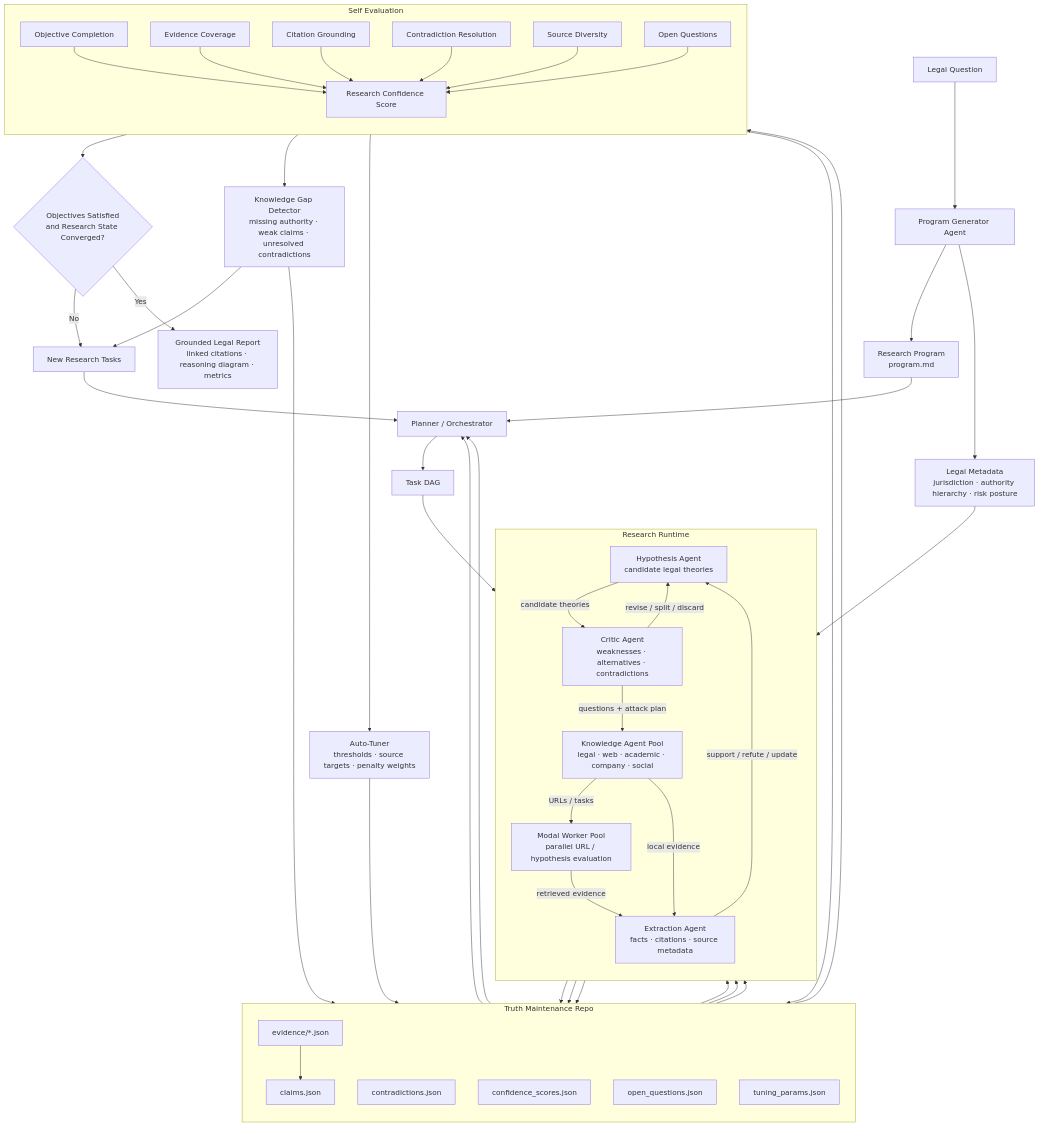
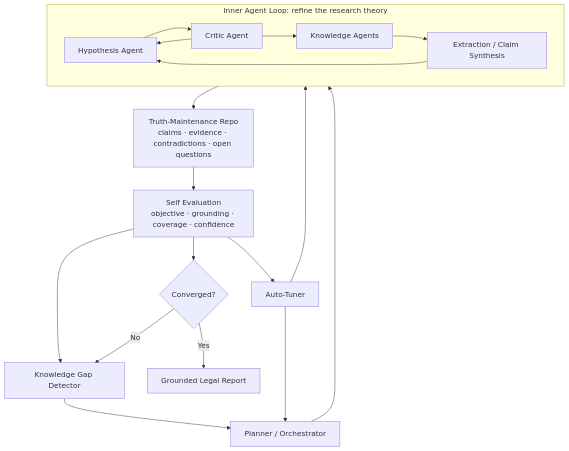
One commit to karthikeyaparunandi/legal-autoresearch-os changed the second of 3 diagrams in README.md. Above: the diagram before and after it, drawn with Mermaid. The commit also changed other lines of this file, not shown here.

Commit message:
Clarify high-level feedback architecture

````diff
--- a/README.md
+++ b/README.md
@@ -142,77 +189,23 @@
 ```mermaid
 flowchart TD
-    goal["Legal Question"] --> generator["Program Generator Agent"]
-    generator --> program["Research Program<br/>program.md"]
-    generator --> legalMeta["Legal Metadata<br/>jurisdiction · authority hierarchy · risk posture"]
-
-    program --> planner["Planner / Orchestrator"]
-    planner --> tasks["Task DAG"]
-
-    subgraph runtime["Research Runtime"]
-        direction TB
-        hypotheses["Hypothesis Agent<br/>candidate legal theories"]
-        critic["Critic Agent<br/>weaknesses · alternatives · contradictions"]
-        knowledge["Knowledge Agent Pool<br/>legal · web · academic · company · social"]
-        modalWorkers["Modal Worker Pool<br/>parallel URL / hypothesis evaluation"]
-        extraction["Extraction Agent<br/>facts · citations · source metadata"]
-        hypotheses -- "candidate theories" --> critic
-        critic -- "questions + attack plan" --> knowledge
-        knowledge -- "URLs / tasks" --> modalWorkers
-        modalWorkers -- "retrieved evidence" --> extraction
-        knowledge -- "local evidence" --> extraction
-        extraction -- "support / refute / update" --> hypotheses
-        critic -- "revise / split / discard" --> hypotheses
+    subgraph inner["Inner Agent Loop: refine the research theory"]
+        direction LR
+        h["Hypothesis Agent"] --> c["Critic Agent"]
+        c --> k["Knowledge Agents"]
+        k --> x["Extraction / Claim Synthesis"]
+        x --> h
+        c --> h
     end
 
-    tasks --> hypotheses
-    legalMeta --> knowledge
-
-    subgraph truth["Truth Maintenance Repo"]
-        direction TB
-        repoClaims["claims.json"]
-        repoEvidence["evidence/*.json"]
-        repoContradictions["contradictions.json"]
-        repoConfidence["confidence_scores.json"]
-        repoQuestions["open_questions.json"]
-        repoTuning["tuning_params.json"]
-    end
-
-    hypotheses --> repoClaims
-    critic --> repoContradictions
-    extraction --> repoEvidence
-    repoEvidence --> repoClaims
-    repoClaims --> critic
-    repoContradictions --> critic
-    repoQuestions --> planner
-    repoTuning --> planner
-    repoTuning --> critic
-
-    subgraph evaluator["Self Evaluation"]
-        direction TB
-        objective["Objective Completion"]
-        coverage["Evidence Coverage"]
-        grounding["Citation Grounding"]
-        contradictionScore["Contradiction Resolution"]
-        diversity["Source Diversity"]
-        openQ["Open Questions"]
-        confidence["Research Confidence Score"]
-        objective --> confidence
-        coverage --> confidence
-        grounding --> confidence
-        contradictionScore --> confidence
-        diversity --> confidence
-        openQ --> confidence
-    end
-
-    truth --> evaluator
-    confidence --> repoConfidence
-    evaluator --> gaps["Knowledge Gap Detector<br/>missing authority · weak claims · unresolved contradictions"]
-    gaps --> repoQuestions
-    gaps --> newTasks["New Research Tasks"]
-    newTasks --> planner
-    evaluator --> tuner["Auto-Tuner<br/>thresholds · source targets · penalty weights"]
-    tuner --> repoTuning
-    confidence --> converged{"Objectives Satisfied<br/>and Research State Converged?"}
-    converged -- "No" --> newTasks
-    converged -- "Yes" --> report["Grounded Legal Report<br/>linked citations · reasoning diagram · metrics"]
+    inner --> repo["Truth-Maintenance Repo<br/>claims · evidence · contradictions · open questions"]
+    repo --> eval["Self Evaluation<br/>objective · grounding · coverage · confidence"]
+    eval --> gap["Knowledge Gap Detector"]
+    gap --> plan["Planner / Orchestrator"]
+    plan --> inner
+    eval --> tune["Auto-Tuner"]
+    tune --> plan
+    tune --> inner
+    eval --> stop{"Converged?"}
+    stop -- "No" --> gap
+    stop -- "Yes" --> final["Grounded Legal Report"]
 ```
````
